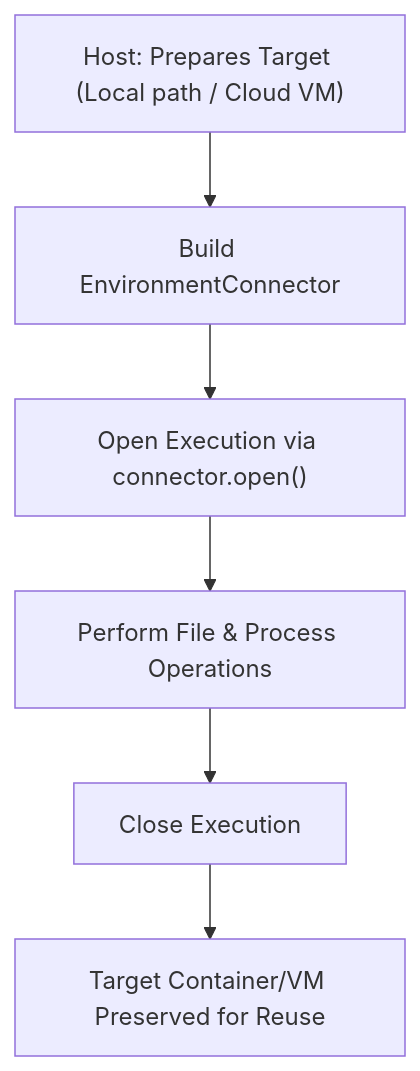
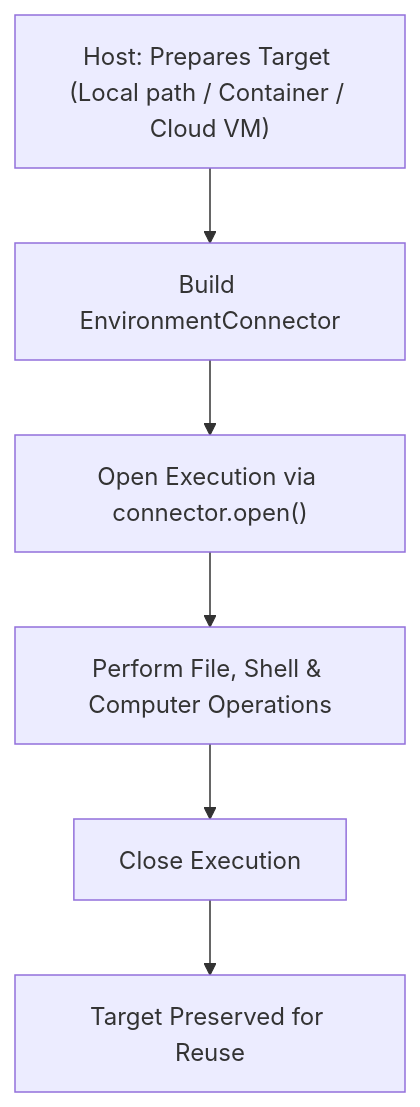
The diagram in docs/environments/index.md (converge-ai-labs/agent-foundation), drawn with Mermaid before and after one commit. The commit also changed other lines of this file and 105 other files, not shown here.

Commit message:
docs(guides): restructure bilingual guides around user workflows and verify schemas

````diff
--- a/docs/environments/index.md
+++ b/docs/environments/index.md
@@ -49,12 +49,12 @@
 ```mermaid
 flowchart TB
-    Host["Host: Prepares Target (Local path / Cloud VM)"] --> Connector["Build EnvironmentConnector"]
+    Host["Host: Prepares Target (Local path / Container / Cloud VM)"] --> Connector["Build EnvironmentConnector"]
     Connector --> Exec["Open Execution via connector.open()"]
-    Exec --> Ops["Perform File & Process Operations"]
+    Exec --> Ops["Perform File, Shell & Computer Operations"]
     Ops --> Close["Close Execution"]
-    Close --> Target["Target Container/VM Preserved for Reuse"]
+    Close --> Target["Target Preserved for Reuse"]
 
     class Host app
     class Connector,Exec,Ops,Close a13n
     class Target store
 ```
````
